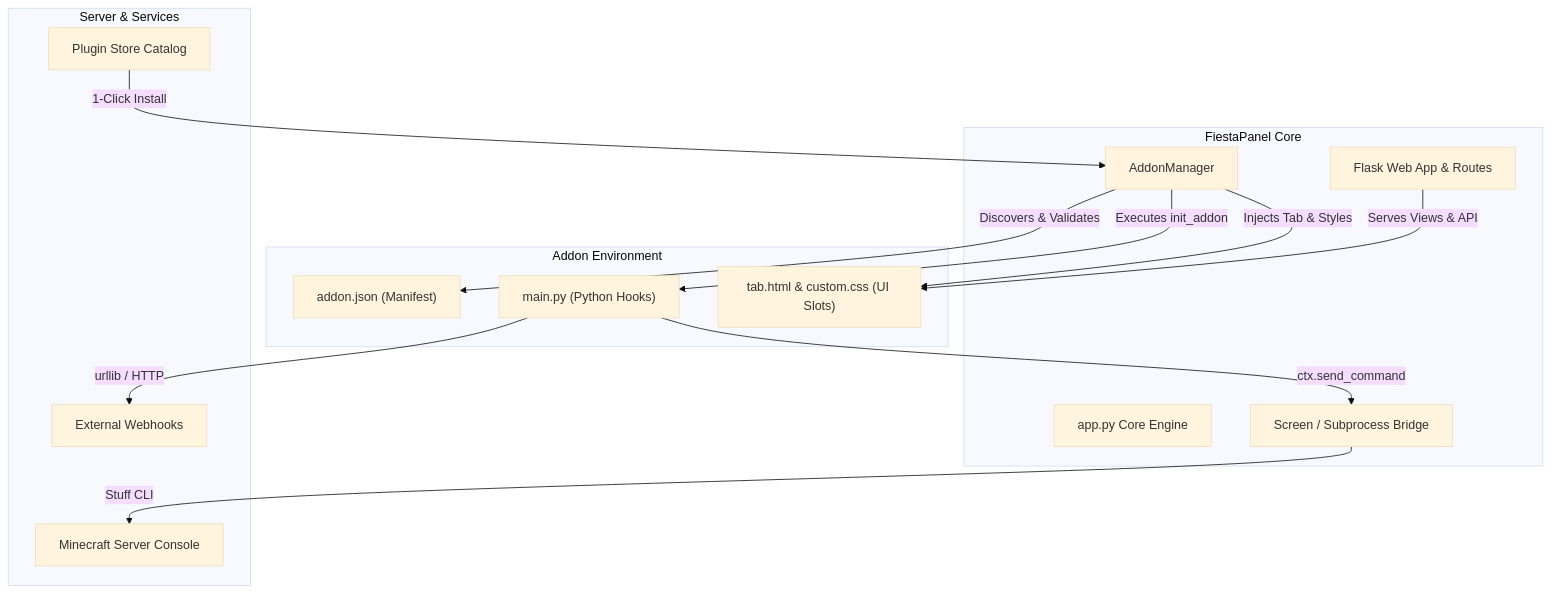
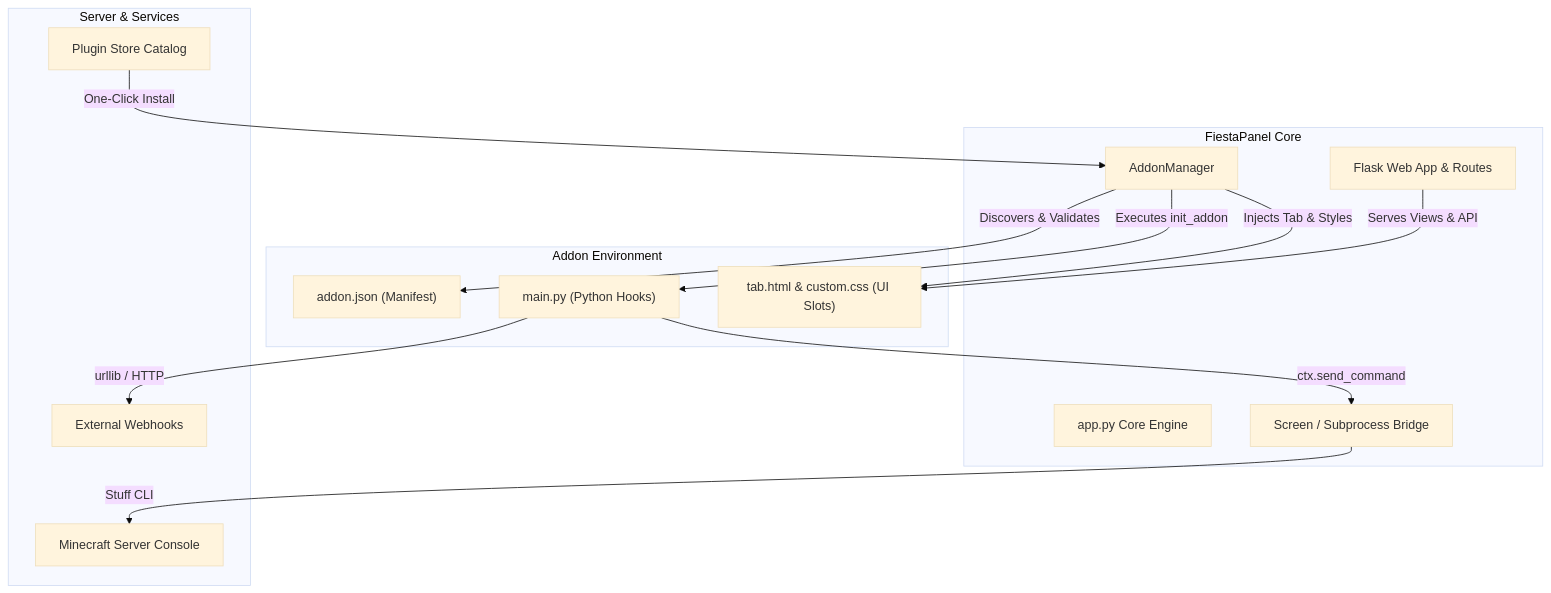
The diagram in docs/ADDONS_GUIDE.md (cbladeOfficial/FiestaPanel), drawn with Mermaid (base theme) before and after one commit. The commit also changed other lines of this file and 7 other files, not shown here.

````diff
--- a/docs/ADDONS_GUIDE.md
+++ b/docs/ADDONS_GUIDE.md
@@ -25,30 +25,30 @@
 ```mermaid
 flowchart TD
     subgraph FiestaPanel Core
         AP[app.py Core Engine]
         AM[AddonManager]
         Flask[Flask Web App & Routes]
         Screen[Screen / Subprocess Bridge]
     end
 
     subgraph Addon Environment
         Manifest["addon.json (Manifest)"]
         Backend["main.py (Python Hooks)"]
         UI["tab.html & custom.css (UI Slots)"]
     end
 
     subgraph Server & Services
         MC[Minecraft Server Console]
         Discord[External Webhooks]
         Store[Plugin Store Catalog]
     end
 
     AM -->|Discovers & Validates| Manifest
     AM -->|Executes init_addon| Backend
     AM -->|Injects Tab & Styles| UI
     Backend -->|ctx.send_command| Screen
     Screen -->|Stuff CLI| MC
     Backend -->|urllib / HTTP| Discord
-    Store -->|1-Click Install| AM
+    Store -->|One-Click Install| AM
     Flask -->|Serves Views & API| UI
 ```
````
